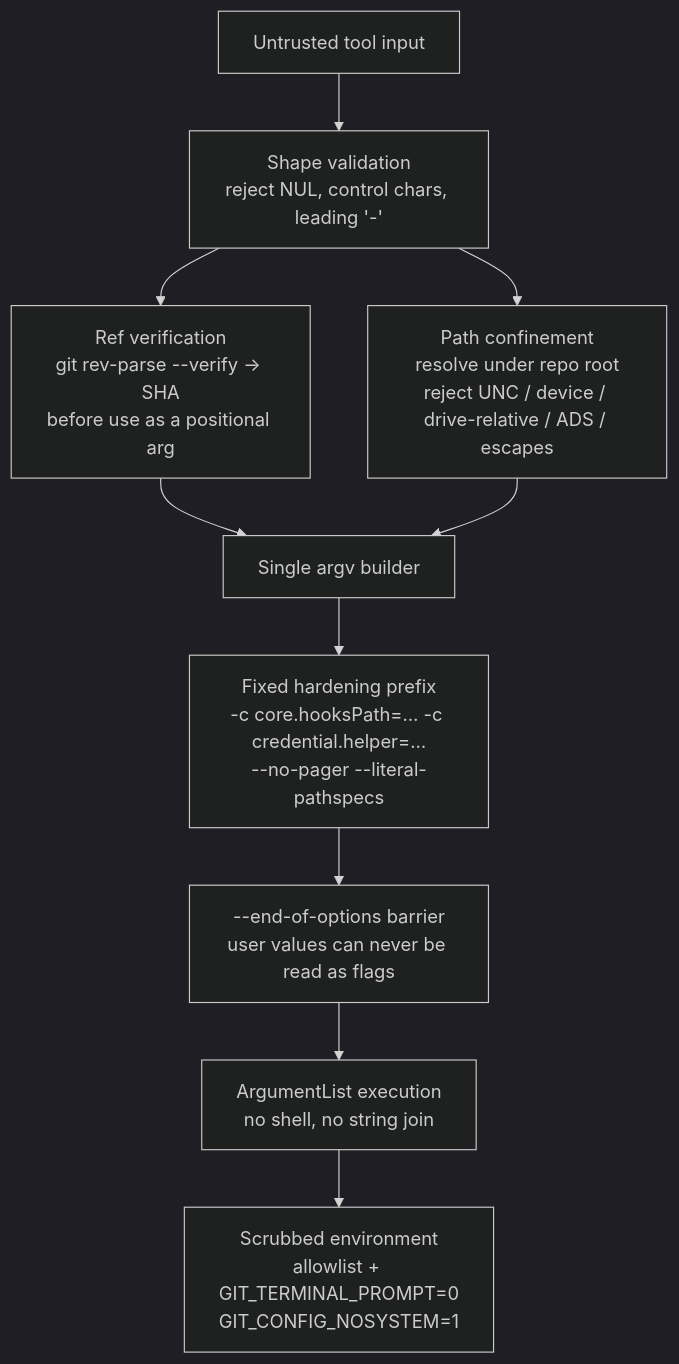
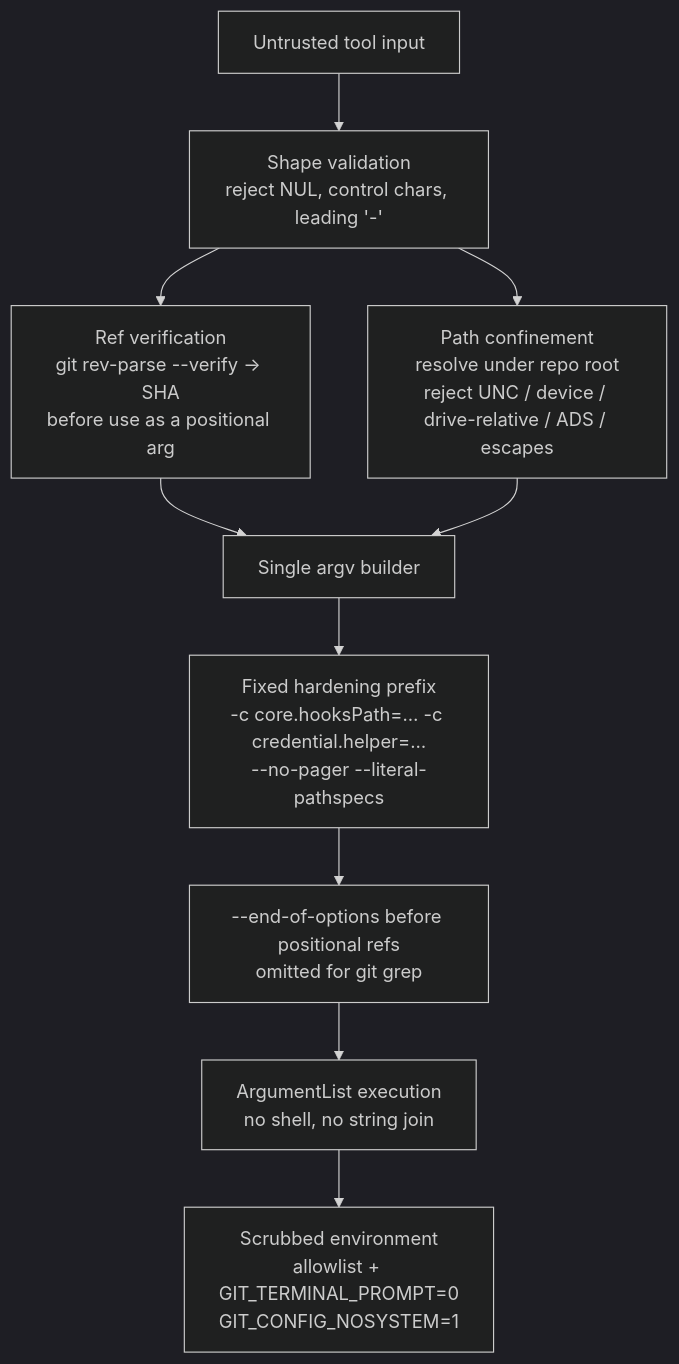
One commit to brenordv/mcp-toolset changed diagram 13 of 13 in src/RaccoonNinja.McpToolset.Server.GitOps/README.md. Above: the diagram before and after it, drawn with Mermaid (dark theme). The commit also changed other lines of this file and 20 other files, not shown here.

````diff
--- a/src/RaccoonNinja.McpToolset.Server.GitOps/README.md
+++ b/src/RaccoonNinja.McpToolset.Server.GitOps/README.md
@@ -402,12 +402,12 @@
 ```mermaid
 flowchart TD
     A[Untrusted tool input] --> B[Shape validation<br/>reject NUL, control chars, leading '-']
     B --> C[Ref verification<br/>git rev-parse --verify → SHA<br/>before use as a positional arg]
     B --> D[Path confinement<br/>resolve under repo root<br/>reject UNC / device / drive-relative / ADS / escapes]
     C --> E[Single argv builder]
     D --> E
     E --> F[Fixed hardening prefix<br/>-c core.hooksPath=… -c credential.helper=…<br/>--no-pager --literal-pathspecs]
-    F --> G[--end-of-options barrier<br/>user values can never be read as flags]
+    F --> G[--end-of-options before positional refs<br/>omitted for git grep]
     G --> H[ArgumentList execution<br/>no shell, no string join]
     H --> I[Scrubbed environment<br/>allowlist + GIT_TERMINAL_PROMPT=0<br/>GIT_CONFIG_NOSYSTEM=1]
 ```
````
